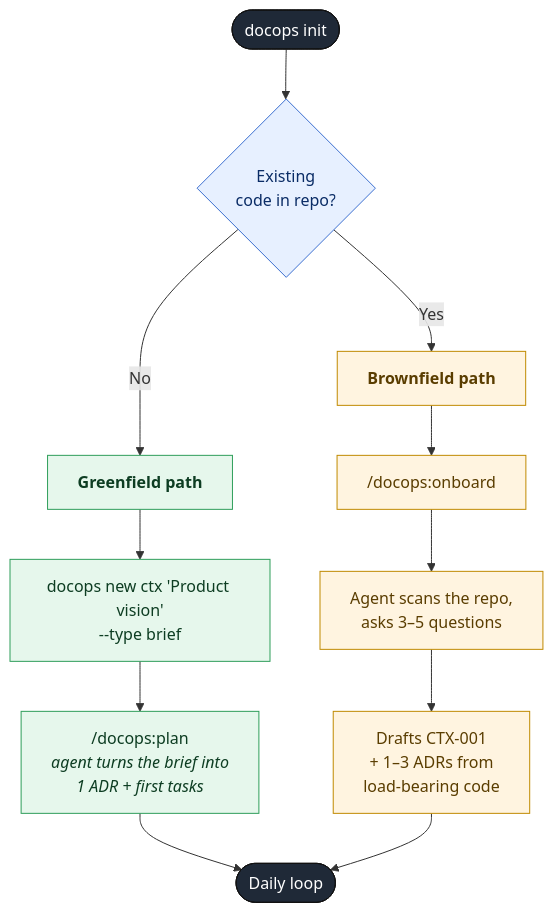
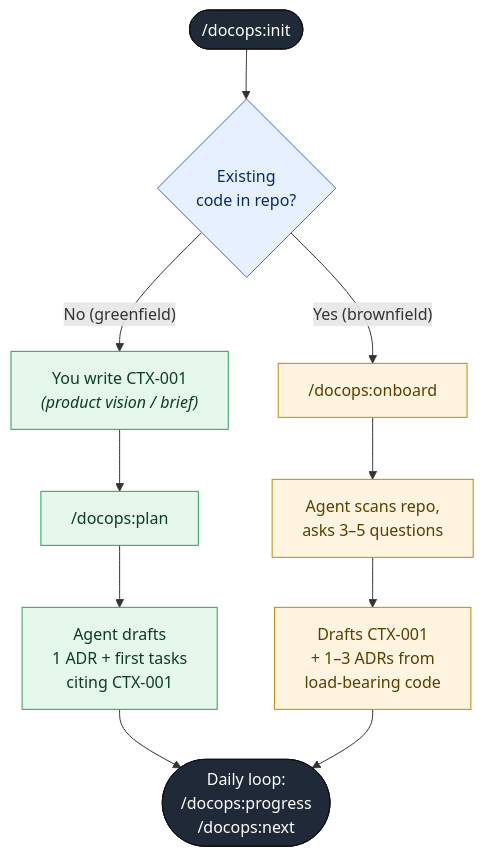
One commit to logicwind/DocOps changed the third of 4 diagrams in README.md. Above: the diagram before and after it, drawn with Mermaid. The commit also changed other lines of this file, not shown here.

````diff
--- a/README.md
+++ b/README.md
@@ -163,25 +188,24 @@
 ```mermaid
 flowchart TD
-    START(["docops init"]) --> DETECT{"Existing<br/>code in repo?"}
+    START(["/docops:init"]) --> DETECT{"Existing<br/>code in repo?"}
 
-    DETECT -- "No" --> G1["<b>Greenfield path</b>"]
-    G1 --> G2["docops new ctx 'Product vision'<br/>--type brief"]
-    G2 --> G3["/docops:plan<br/><i>agent turns the brief into</i><br/><i>1 ADR + first tasks</i>"]
+    DETECT -- "No (greenfield)" --> G1["You write CTX-001<br/><i>(product vision / brief)</i>"]
+    G1 --> G2["/docops:plan"]
+    G2 --> G3["Agent drafts<br/>1 ADR + first tasks<br/>citing CTX-001"]
 
-    DETECT -- "Yes" --> B1["<b>Brownfield path</b>"]
-    B1 --> B2["/docops:onboard"]
-    B2 --> B3["Agent scans the repo,<br/>asks 3–5 questions"]
-    B3 --> B4["Drafts CTX-001<br/>+ 1–3 ADRs from<br/>load-bearing code"]
+    DETECT -- "Yes (brownfield)" --> B1["/docops:onboard"]
+    B1 --> B2["Agent scans repo,<br/>asks 3–5 questions"]
+    B2 --> B3["Drafts CTX-001<br/>+ 1–3 ADRs from<br/>load-bearing code"]
 
-    G3 --> LOOP(["Daily loop"])
-    B4 --> LOOP
+    G3 --> LOOP(["Daily loop:<br/>/docops:progress<br/>/docops:next"])
+    B3 --> LOOP
 
     classDef start fill:#1f2937,stroke:#111,color:#fff
     classDef green fill:#e6f7ec,stroke:#2f9e5a,color:#0d3d22
     classDef brown fill:#fff4e0,stroke:#c08a00,color:#5a3d00
     classDef decision fill:#e7f0ff,stroke:#3b6fd0,color:#0a2c66
     class START,LOOP start
     class G1,G2,G3 green
-    class B1,B2,B3,B4 brown
+    class B1,B2,B3 brown
     class DETECT decision
 ```
````
